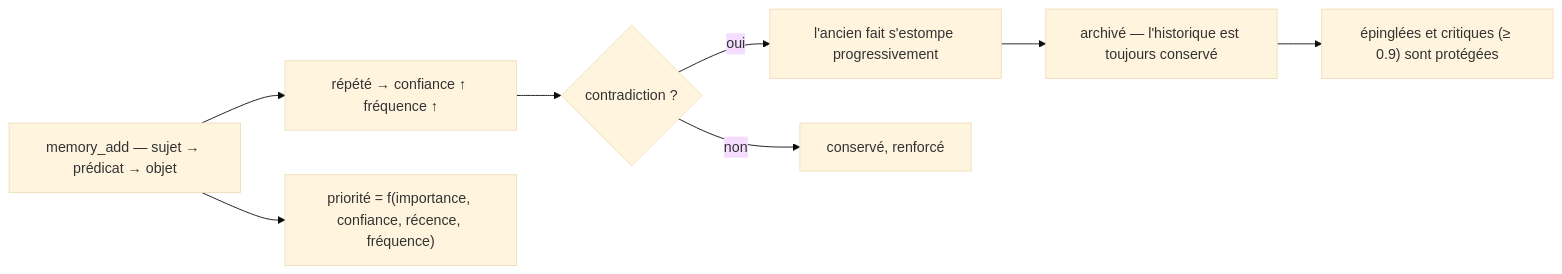
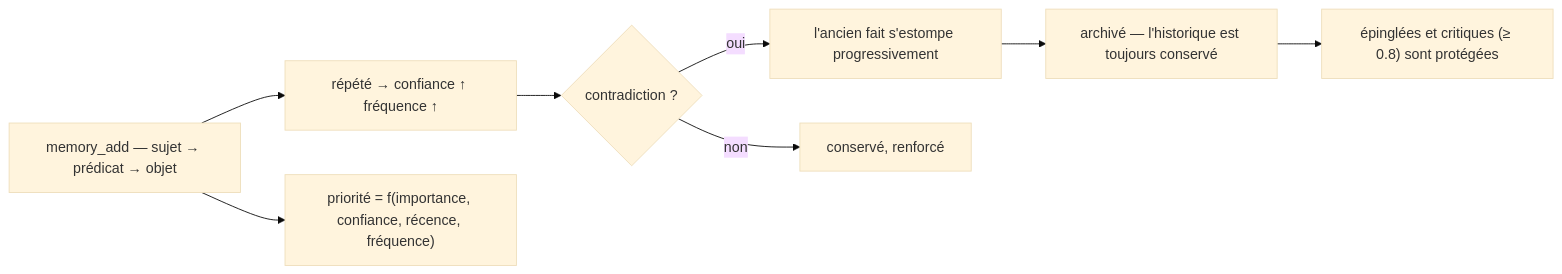
One commit to WindSeries69/memsem changed the diagram in README.fr.md. Above: the diagram before and after it, drawn with Mermaid (base theme). The commit also changed other lines of this file and 16 other files, not shown here.

````diff
--- a/README.fr.md
+++ b/README.fr.md
@@ -166,10 +166,10 @@
 ```mermaid
 flowchart LR
     W["memory_add — sujet → prédicat → objet"] --> R["répété → confiance ↑ fréquence ↑"]
     W --> P["priorité = f(importance, confiance, récence, fréquence)"]
     R --> S{"contradiction ?"}
     S -- oui --> F["l'ancien fait s'estompe progressivement"]
     F --> A["archivé — l'historique est toujours conservé"]
     S -- non --> K["conservé, renforcé"]
-    A --> J["épinglées et critiques (≥ 0.9) sont protégées"]
+    A --> J["épinglées et critiques (≥ 0.8) sont protégées"]
 ```
````
